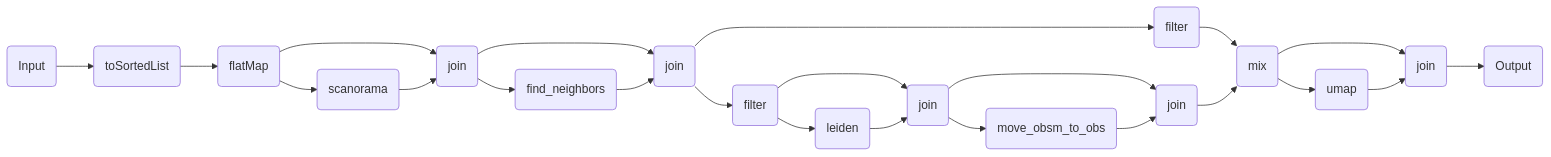
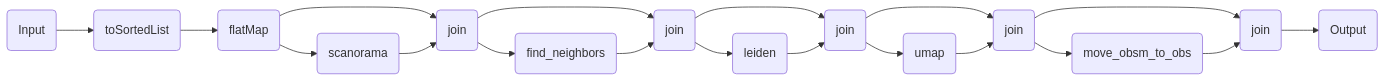
One commit to openpipelines-bio/website changed the diagram in components/workflows/multiomics/integration/scanorama_leiden.qmd. Above: the diagram before and after it, drawn with Mermaid. The commit also changed other lines of this file and 92 other files, not shown here.

````diff
--- a/components/workflows/multiomics/integration/scanorama_leiden.qmd
+++ b/components/workflows/multiomics/integration/scanorama_leiden.qmd
@@ -157,44 +157,37 @@
 ```{mermaid}
 %%| column: screen-inset-shaded
 flowchart LR
     v0(Input)
     v2(toSortedList)
     v4(flatMap)
-    v10(scanorama)
-    v12(join)
-    v20(find_neighbors)
-    v22(join)
-    v25(filter)
+    v11(scanorama)
+    v13(join)
+    v21(find_neighbors)
+    v23(join)
     v31(leiden)
     v33(join)
-    v41(move_obsm_to_obs)
+    v41(umap)
     v43(join)
-    v47(mix)
-    v46(filter)
-    v53(umap)
-    v55(join)
-    v61(Output)
-    v46-->v47
+    v51(move_obsm_to_obs)
+    v53(join)
+    v60(Output)
     v0-->v2
     v2-->v4
-    v4-->v12
-    v4-->v10
-    v10-->v12
-    v12-->v22
-    v12-->v20
-    v20-->v22
-    v22-->v25
-    v22-->v46
-    v25-->v33
-    v25-->v31
+    v4-->v13
+    v4-->v11
+    v11-->v13
+    v13-->v23
+    v13-->v21
+    v21-->v23
+    v23-->v33
+    v23-->v31
     v31-->v33
     v33-->v43
     v33-->v41
     v41-->v43
-    v43-->v47
-    v47-->v55
-    v47-->v53
-    v53-->v55
-    v55-->v61
+    v43-->v53
+    v43-->v51
+    v51-->v53
+    v53-->v60
 
 ```
````
